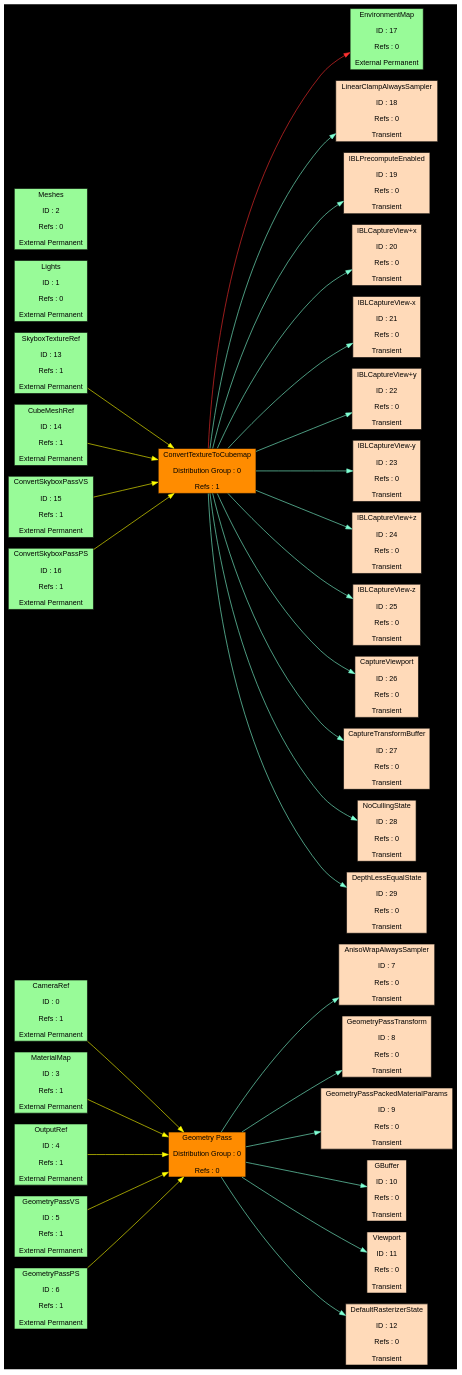
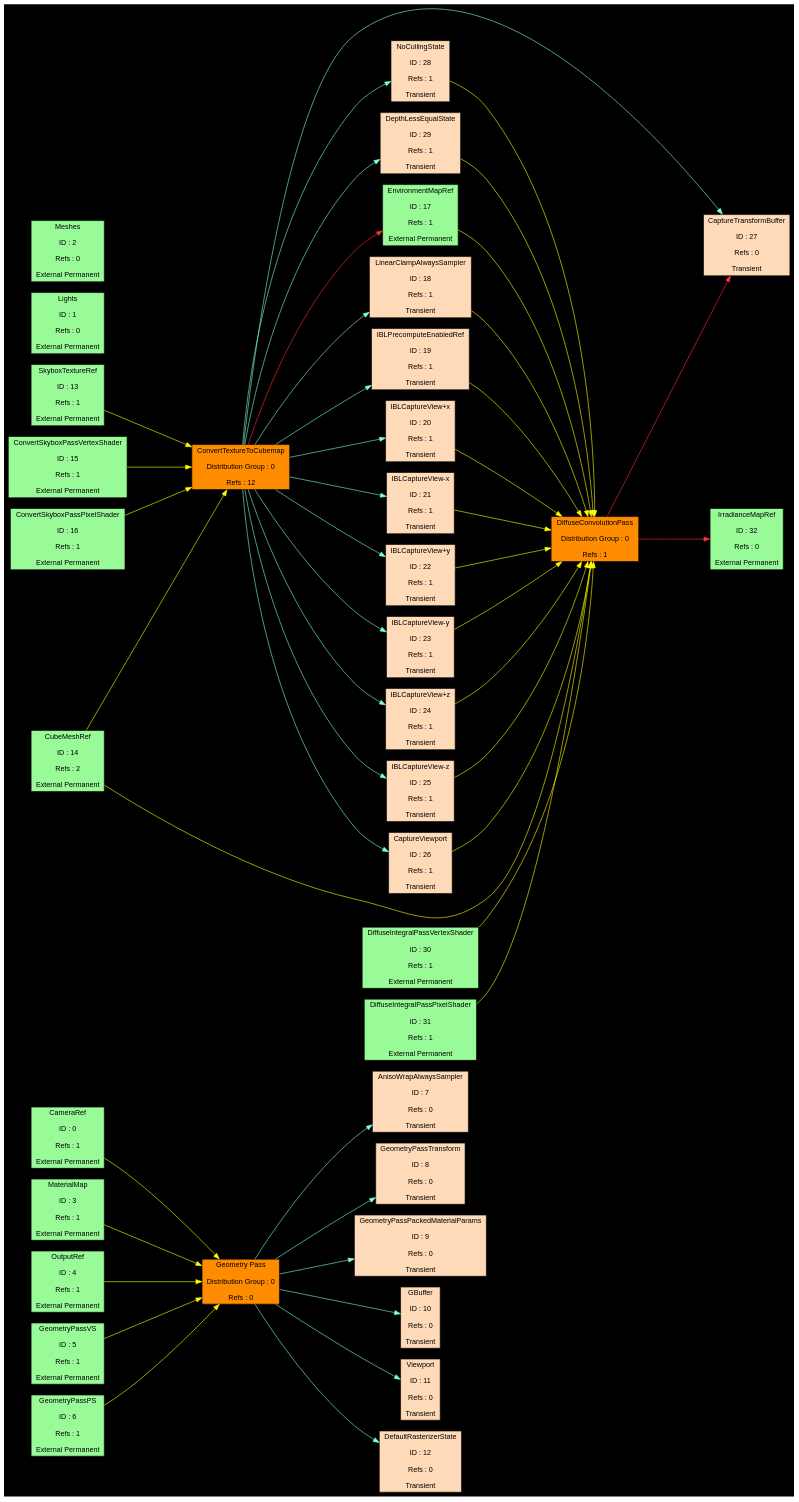
One commit to SeolYang/project_mile changed the diagram in Projects/RendererPBR.dot. Above: the diagram before and after it, drawn with Graphviz. The commit also changed 5 other files, not shown here.

Commit message:
기존의 Diffuse Convolution(Integral) Pass를 Frame Graph로 포팅하였습니다

```diff
--- a/Projects/RendererPBR.dot
+++ b/Projects/RendererPBR.dot
@@ -1,170 +1,190 @@
 digraph FrameGraph 
 {
 splines=true
 graph [pad="0.1", nodestep="0.6", ranksep="1.5"]
 rankdir = LR
 bgcolor = black
 node [shape=rectangle, fontname="arial", fontsize=12, fontcolor=black]
 edge [fontname="arial", fontsize=12, fontcolor=white]
 "Geometry Pass" [label="Geometry Pass
 \nDistribution Group : 0
 \nRefs : 0", style=filled, fillcolor=darkorange];
 "ConvertTextureToCubemap" [label="ConvertTextureToCubemap
+\nDistribution Group : 0
+\nRefs : 12", style=filled, fillcolor=darkorange];
+"DiffuseConvolutionPass" [label="DiffuseConvolutionPass
 \nDistribution Group : 0
 \nRefs : 1", style=filled, fillcolor=darkorange];
 "CameraRef" [label="CameraRef
 \nID : 0
 \nRefs : 1
 \nExternal Permanent", style=filled, fillcolor=palegreen]
 "Lights" [label="Lights
 \nID : 1
 \nRefs : 0
 \nExternal Permanent", style=filled, fillcolor=palegreen]
 "Meshes" [label="Meshes
 \nID : 2
 \nRefs : 0
 \nExternal Permanent", style=filled, fillcolor=palegreen]
 "MaterialMap" [label="MaterialMap
 \nID : 3
 \nRefs : 1
 \nExternal Permanent", style=filled, fillcolor=palegreen]
 "OutputRef" [label="OutputRef
 \nID : 4
 \nRefs : 1
 \nExternal Permanent", style=filled, fillcolor=palegreen]
 "GeometryPassVS" [label="GeometryPassVS
 \nID : 5
 \nRefs : 1
 \nExternal Permanent", style=filled, fillcolor=palegreen]
 "GeometryPassPS" [label="GeometryPassPS
 \nID : 6
 \nRefs : 1
 \nExternal Permanent", style=filled, fillcolor=palegreen]
 "AnisoWrapAlwaysSampler" [label="AnisoWrapAlwaysSampler
 \nID : 7
 \nRefs : 0
 \nTransient", style=filled, fillcolor=peachpuff]
 "GeometryPassTransform" [label="GeometryPassTransform
 \nID : 8
 \nRefs : 0
 \nTransient", style=filled, fillcolor=peachpuff]
 "GeometryPassPackedMaterialParams" [label="GeometryPassPackedMaterialParams
 \nID : 9
 \nRefs : 0
 \nTransient", style=filled, fillcolor=peachpuff]
 "GBuffer" [label="GBuffer
 \nID : 10
 \nRefs : 0
 \nTransient", style=filled, fillcolor=peachpuff]
 "Viewport" [label="Viewport
 \nID : 11
 \nRefs : 0
 \nTransient", style=filled, fillcolor=peachpuff]
 "DefaultRasterizerState" [label="DefaultRasterizerState
 \nID : 12
 \nRefs : 0
 \nTransient", style=filled, fillcolor=peachpuff]
 "SkyboxTextureRef" [label="SkyboxTextureRef
 \nID : 13
 \nRefs : 1
 \nExternal Permanent", style=filled, fillcolor=palegreen]
 "CubeMeshRef" [label="CubeMeshRef
 \nID : 14
-\nRefs : 1
+\nRefs : 2
 \nExternal Permanent", style=filled, fillcolor=palegreen]
-"ConvertSkyboxPassVS" [label="ConvertSkyboxPassVS
+"ConvertSkyboxPassVertexShader" [label="ConvertSkyboxPassVertexShader
 \nID : 15
 \nRefs : 1
 \nExternal Permanent", style=filled, fillcolor=palegreen]
-"ConvertSkyboxPassPS" [label="ConvertSkyboxPassPS
+"ConvertSkyboxPassPixelShader" [label="ConvertSkyboxPassPixelShader
 \nID : 16
 \nRefs : 1
 \nExternal Permanent", style=filled, fillcolor=palegreen]
-"EnvironmentMap" [label="EnvironmentMap
+"EnvironmentMapRef" [label="EnvironmentMapRef
 \nID : 17
-\nRefs : 0
+\nRefs : 1
 \nExternal Permanent", style=filled, fillcolor=palegreen]
 "LinearClampAlwaysSampler" [label="LinearClampAlwaysSampler
 \nID : 18
-\nRefs : 0
+\nRefs : 1
 \nTransient", style=filled, fillcolor=peachpuff]
-"IBLPrecomputeEnabled" [label="IBLPrecomputeEnabled
+"IBLPrecomputeEnabledRef" [label="IBLPrecomputeEnabledRef
 \nID : 19
-\nRefs : 0
+\nRefs : 1
 \nTransient", style=filled, fillcolor=peachpuff]
 "IBLCaptureView+x" [label="IBLCaptureView+x
 \nID : 20
-\nRefs : 0
+\nRefs : 1
 \nTransient", style=filled, fillcolor=peachpuff]
 "IBLCaptureView-x" [label="IBLCaptureView-x
 \nID : 21
-\nRefs : 0
+\nRefs : 1
 \nTransient", style=filled, fillcolor=peachpuff]
 "IBLCaptureView+y" [label="IBLCaptureView+y
 \nID : 22
-\nRefs : 0
+\nRefs : 1
 \nTransient", style=filled, fillcolor=peachpuff]
 "IBLCaptureView-y" [label="IBLCaptureView-y
 \nID : 23
-\nRefs : 0
+\nRefs : 1
 \nTransient", style=filled, fillcolor=peachpuff]
 "IBLCaptureView+z" [label="IBLCaptureView+z
 \nID : 24
-\nRefs : 0
+\nRefs : 1
 \nTransient", style=filled, fillcolor=peachpuff]
 "IBLCaptureView-z" [label="IBLCaptureView-z
 \nID : 25
-\nRefs : 0
+\nRefs : 1
 \nTransient", style=filled, fillcolor=peachpuff]
 "CaptureViewport" [label="CaptureViewport
 \nID : 26
-\nRefs : 0
+\nRefs : 1
 \nTransient", style=filled, fillcolor=peachpuff]
 "CaptureTransformBuffer" [label="CaptureTransformBuffer
 \nID : 27
 \nRefs : 0
 \nTransient", style=filled, fillcolor=peachpuff]
 "NoCullingState" [label="NoCullingState
 \nID : 28
-\nRefs : 0
+\nRefs : 1
 \nTransient", style=filled, fillcolor=peachpuff]
 "DepthLessEqualState" [label="DepthLessEqualState
 \nID : 29
+\nRefs : 1
+\nTransient", style=filled, fillcolor=peachpuff]
+"DiffuseIntegralPassVertexShader" [label="DiffuseIntegralPassVertexShader
+\nID : 30
+\nRefs : 1
+\nExternal Permanent", style=filled, fillcolor=palegreen]
+"DiffuseIntegralPassPixelShader" [label="DiffuseIntegralPassPixelShader
+\nID : 31
+\nRefs : 1
+\nExternal Permanent", style=filled, fillcolor=palegreen]
+"IrradianceMapRef" [label="IrradianceMapRef
+\nID : 32
 \nRefs : 0
-\nTransient", style=filled, fillcolor=peachpuff]
+\nExternal Permanent", style=filled, fillcolor=palegreen]
 "Geometry Pass" -> { "AnisoWrapAlwaysSampler" "GeometryPassTransform" "GeometryPassPackedMaterialParams" "GBuffer" "Viewport" "DefaultRasterizerState" } [color=aquamarine]
 "Geometry Pass" -> { } [color=firebrick1]
-"ConvertTextureToCubemap" -> { "LinearClampAlwaysSampler" "IBLPrecomputeEnabled" "IBLCaptureView+x" "IBLCaptureView-x" "IBLCaptureView+y" "IBLCaptureView-y" "IBLCaptureView+z" "IBLCaptureView-z" "CaptureViewport" "CaptureTransformBuffer" "NoCullingState" "DepthLessEqualState" } [color=aquamarine]
-"ConvertTextureToCubemap" -> { "EnvironmentMap" } [color=firebrick1]
+"ConvertTextureToCubemap" -> { "LinearClampAlwaysSampler" "IBLPrecomputeEnabledRef" "IBLCaptureView+x" "IBLCaptureView-x" "IBLCaptureView+y" "IBLCaptureView-y" "IBLCaptureView+z" "IBLCaptureView-z" "CaptureViewport" "CaptureTransformBuffer" "NoCullingState" "DepthLessEqualState" } [color=aquamarine]
+"ConvertTextureToCubemap" -> { "EnvironmentMapRef" } [color=firebrick1]
+"DiffuseConvolutionPass" -> { } [color=aquamarine]
+"DiffuseConvolutionPass" -> { "CaptureTransformBuffer" "IrradianceMapRef" } [color=firebrick1]
 
 "CameraRef" -> { "Geometry Pass" } [color=yellow]
 "Lights" -> { } [color=yellow]
 "Meshes" -> { } [color=yellow]
 "MaterialMap" -> { "Geometry Pass" } [color=yellow]
 "OutputRef" -> { "Geometry Pass" } [color=yellow]
 "GeometryPassVS" -> { "Geometry Pass" } [color=yellow]
 "GeometryPassPS" -> { "Geometry Pass" } [color=yellow]
 "AnisoWrapAlwaysSampler" -> { } [color=yellow]
 "GeometryPassTransform" -> { } [color=yellow]
 "GeometryPassPackedMaterialParams" -> { } [color=yellow]
 "GBuffer" -> { } [color=yellow]
 "Viewport" -> { } [color=yellow]
 "DefaultRasterizerState" -> { } [color=yellow]
 "SkyboxTextureRef" -> { "ConvertTextureToCubemap" } [color=yellow]
-"CubeMeshRef" -> { "ConvertTextureToCubemap" } [color=yellow]
-"ConvertSkyboxPassVS" -> { "ConvertTextureToCubemap" } [color=yellow]
-"ConvertSkyboxPassPS" -> { "ConvertTextureToCubemap" } [color=yellow]
-"EnvironmentMap" -> { } [color=yellow]
-"LinearClampAlwaysSampler" -> { } [color=yellow]
-"IBLPrecomputeEnabled" -> { } [color=yellow]
-"IBLCaptureView+x" -> { } [color=yellow]
-"IBLCaptureView-x" -> { } [color=yellow]
-"IBLCaptureView+y" -> { } [color=yellow]
-"IBLCaptureView-y" -> { } [color=yellow]
-"IBLCaptureView+z" -> { } [color=yellow]
-"IBLCaptureView-z" -> { } [color=yellow]
-"CaptureViewport" -> { } [color=yellow]
+"CubeMeshRef" -> { "ConvertTextureToCubemap" "DiffuseConvolutionPass" } [color=yellow]
+"ConvertSkyboxPassVertexShader" -> { "ConvertTextureToCubemap" } [color=yellow]
+"ConvertSkyboxPassPixelShader" -> { "ConvertTextureToCubemap" } [color=yellow]
+"EnvironmentMapRef" -> { "DiffuseConvolutionPass" } [color=yellow]
+"LinearClampAlwaysSampler" -> { "DiffuseConvolutionPass" } [color=yellow]
+"IBLPrecomputeEnabledRef" -> { "DiffuseConvolutionPass" } [color=yellow]
+"IBLCaptureView+x" -> { "DiffuseConvolutionPass" } [color=yellow]
+"IBLCaptureView-x" -> { "DiffuseConvolutionPass" } [color=yellow]
+"IBLCaptureView+y" -> { "DiffuseConvolutionPass" } [color=yellow]
+"IBLCaptureView-y" -> { "DiffuseConvolutionPass" } [color=yellow]
+"IBLCaptureView+z" -> { "DiffuseConvolutionPass" } [color=yellow]
+"IBLCaptureView-z" -> { "DiffuseConvolutionPass" } [color=yellow]
+"CaptureViewport" -> { "DiffuseConvolutionPass" } [color=yellow]
 "CaptureTransformBuffer" -> { } [color=yellow]
-"NoCullingState" -> { } [color=yellow]
-"DepthLessEqualState" -> { } [color=yellow]
+"NoCullingState" -> { "DiffuseConvolutionPass" } [color=yellow]
+"DepthLessEqualState" -> { "DiffuseConvolutionPass" } [color=yellow]
+"DiffuseIntegralPassVertexShader" -> { "DiffuseConvolutionPass" } [color=yellow]
+"DiffuseIntegralPassPixelShader" -> { "DiffuseConvolutionPass" } [color=yellow]
+"IrradianceMapRef" -> { } [color=yellow]
 }
```
